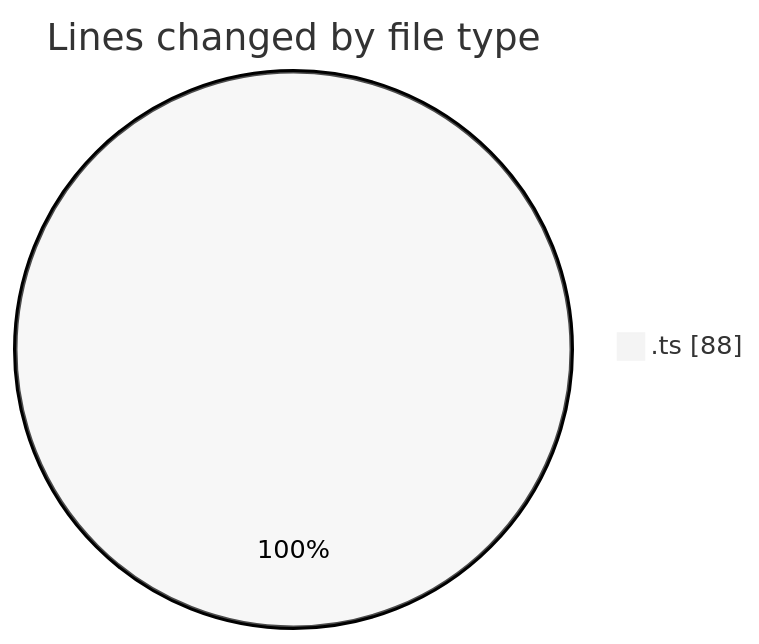
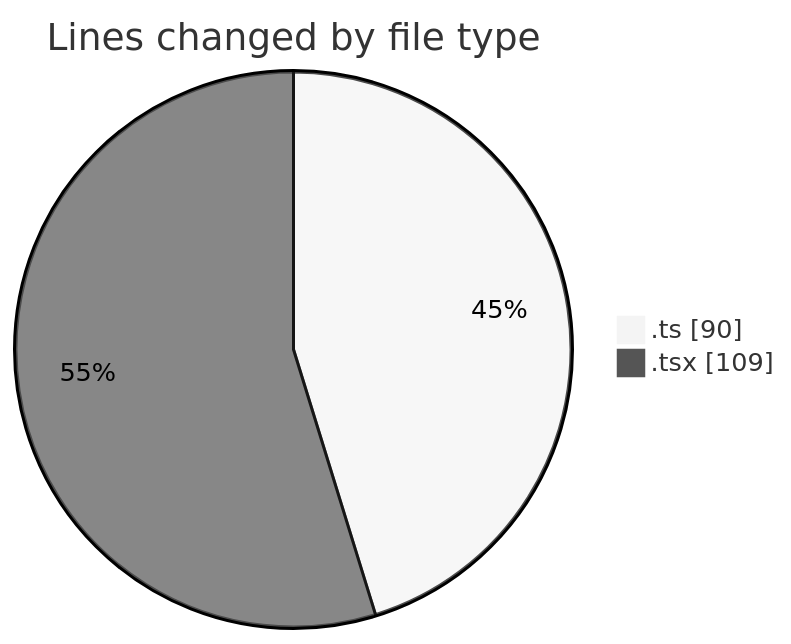
One commit to momahboobian/code-tracking changed the first of 2 diagrams in 2025-01-25/pdf-analysis-app/README.md. Above: the diagram before and after it, drawn with Mermaid (neutral theme). The commit also changed other lines of this file and 1 other file, not shown here.

````diff
--- a/2025-01-25/pdf-analysis-app/README.md
+++ b/2025-01-25/pdf-analysis-app/README.md
@@ -21,5 +22,6 @@
 ```mermaid
 pie showData
 title Lines changed by file type
-".ts" : 88
+".ts" : 90
+".tsx" : 109
 ```
````
